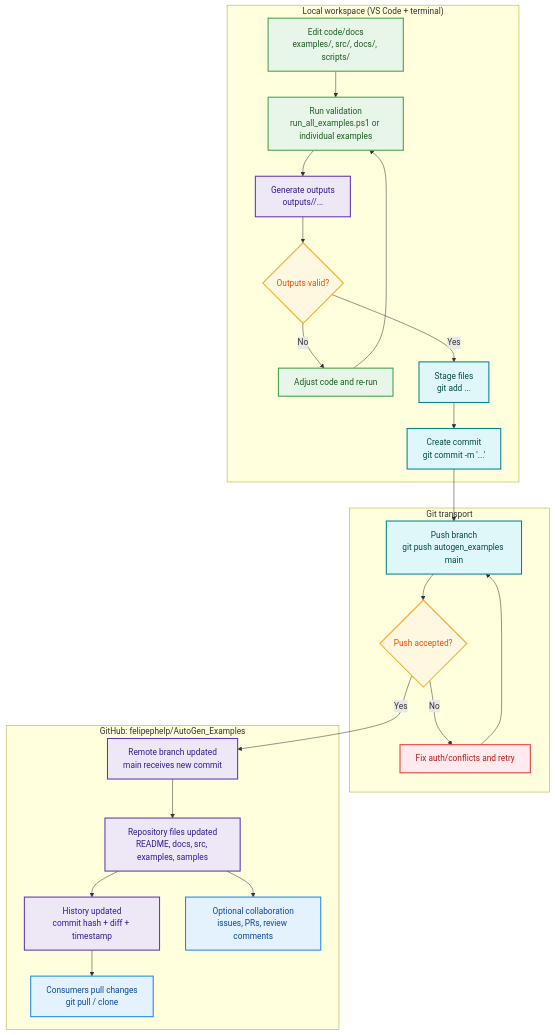
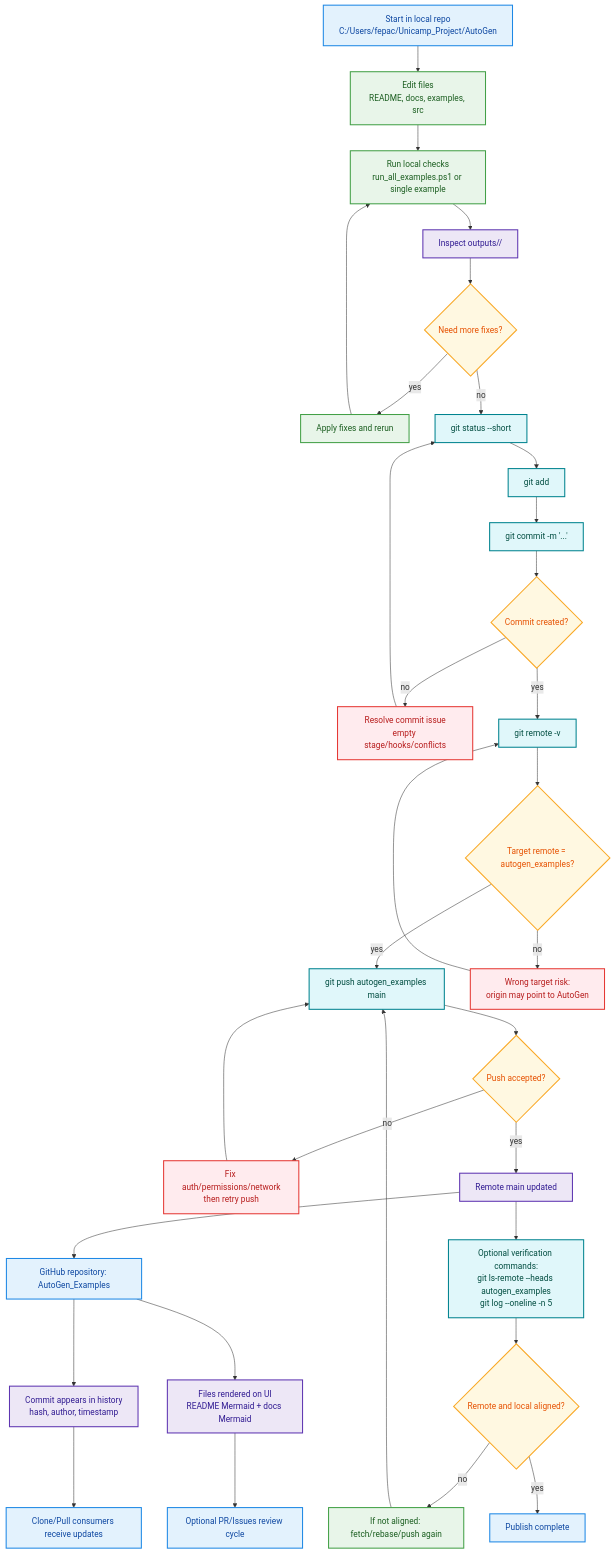
The diagram in docs/GITHUB_WORKFLOW_FLOW.md (felipephelp/AutoGen_Examples), drawn with Mermaid before and after one commit. The commit also changed other lines of this file and 2 other files, not shown here.

Commit message:
docs: expand autogen and github flowcharts with full runtime detail

````diff
--- a/docs/GITHUB_WORKFLOW_FLOW.md
+++ b/docs/GITHUB_WORKFLOW_FLOW.md
@@ -5,41 +6,66 @@
 ```mermaid
 flowchart TD
-    subgraph LOCAL["Local workspace (VS Code + terminal)"]
-        A1["Edit code/docs<br/>examples/, src/, docs/, scripts/"]:::process
-        A2["Run validation<br/>run_all_examples.ps1 or individual examples"]:::process
-        A3["Generate outputs<br/>outputs/<example_id>/..."]:::output
-        A4{"Outputs valid?"}:::decision
-        A5["Adjust code and re-run"]:::process
-        A6["Stage files<br/>git add ..."]:::module
-        A7["Create commit<br/>git commit -m '...'"]:::module
-    end
+    %% Local preparation
+    A0["Start in local repo<br/>C:/Users/fepac/Unicamp_Project/AutoGen"]:::entry
+    A1["Edit files<br/>README, docs, examples, src"]:::process
+    A2["Run local checks<br/>run_all_examples.ps1 or single example"]:::process
+    A3["Inspect outputs/<example_id>/"]:::output
+    A4{"Need more fixes?"}:::decision
+    A5["Apply fixes and rerun"]:::process
 
-    subgraph GIT["Git transport"]
-        B1["Push branch<br/>git push autogen_examples main"]:::module
-        B2{"Push accepted?"}:::decision
-        B3["Fix auth/conflicts and retry"]:::error
-    end
+    %% Git indexing and commit
+    B1["git status --short"]:::module
+    B2["git add <selected files>"]:::module
+    B3["git commit -m '...'"]:::module
+    B4{"Commit created?"}:::decision
+    B5["Resolve commit issue<br/>empty stage/hooks/conflicts"]:::error
 
-    subgraph GH["GitHub: felipephelp/AutoGen_Examples"]
-        C1["Remote branch updated<br/>main receives new commit"]:::output
-        C2["Repository files updated<br/>README, docs, src, examples, samples"]:::output
-        C3["History updated<br/>commit hash + diff + timestamp"]:::output
-        C4["Consumers pull changes<br/>git pull / clone"]:::entry
-        C5["Optional collaboration<br/>issues, PRs, review comments"]:::entry
-    end
+    %% Remote selection
+    C1["git remote -v"]:::module
+    C2{"Target remote = autogen_examples?"}:::decision
+    C3["git push autogen_examples main"]:::module
+    C4["Wrong target risk:<br/>origin may point to AutoGen"]:::error
 
-    A1 --> A2 --> A3 --> A4
-    A4 -- "No" --> A5 --> A2
-    A4 -- "Yes" --> A6 --> A7 --> B1 --> B2
-    B2 -- "No" --> B3 --> B1
-    B2 -- "Yes" --> C1 --> C2 --> C3
-    C3 --> C4
-    C2 --> C5
+    %% Push handling
+    D1{"Push accepted?"}:::decision
+    D2["Fix auth/permissions/network<br/>then retry push"]:::error
+    D3["Remote main updated"]:::output
+
+    %% GitHub side effects
+    E1["GitHub repository: AutoGen_Examples"]:::entry
+    E2["Commit appears in history<br/>hash, author, timestamp"]:::output
+    E3["Files rendered on UI<br/>README Mermaid + docs Mermaid"]:::output
+    E4["Clone/Pull consumers receive updates"]:::entry
+    E5["Optional PR/Issues review cycle"]:::entry
+
+    %% Sync checks
+    F1["Optional verification commands:<br/>git ls-remote --heads autogen_examples<br/>git log --oneline -n 5"]:::module
+    F2{"Remote and local aligned?"}:::decision
+    F3["If not aligned: fetch/rebase/push again"]:::process
+    F4["Publish complete"]:::entry
+
+    %% Edges
+    A0 --> A1 --> A2 --> A3 --> A4
+    A4 -- "yes" --> A5 --> A2
+    A4 -- "no" --> B1 --> B2 --> B3 --> B4
+    B4 -- "no" --> B5 --> B1
+    B4 -- "yes" --> C1 --> C2
+    C2 -- "yes" --> C3 --> D1
+    C2 -- "no" --> C4 --> C1
+    D1 -- "no" --> D2 --> C3
+    D1 -- "yes" --> D3 --> E1
+    E1 --> E2
+    E1 --> E3
+    E2 --> E4
+    E3 --> E5
+    D3 --> F1 --> F2
+    F2 -- "no" --> F3 --> C3
+    F2 -- "yes" --> F4
 
     classDef entry fill:#E3F2FD,stroke:#1E88E5,color:#0D47A1,stroke-width:2px;
     classDef process fill:#E8F5E9,stroke:#43A047,color:#1B5E20,stroke-width:2px;
     classDef decision fill:#FFF8E1,stroke:#F9A825,color:#E65100,stroke-width:2px;
     classDef module fill:#E0F7FA,stroke:#00838F,color:#004D40,stroke-width:2px;
     classDef output fill:#EDE7F6,stroke:#5E35B1,color:#311B92,stroke-width:2px;
     classDef error fill:#FFEBEE,stroke:#E53935,color:#B71C1C,stroke-width:2px;
 ```
````
